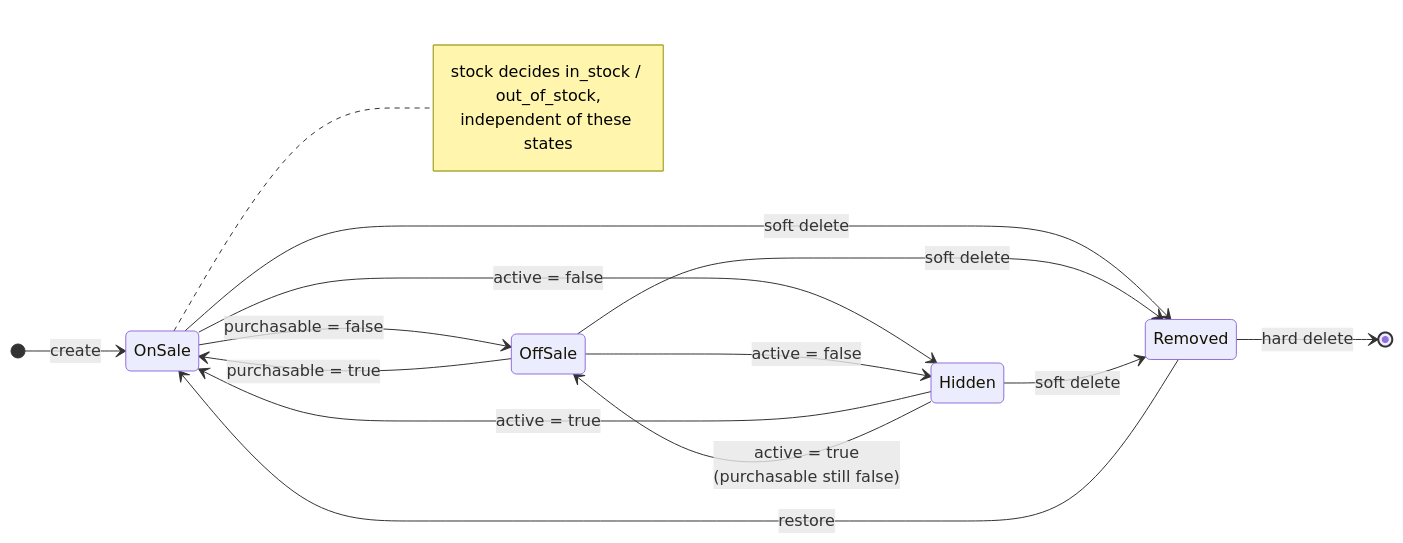
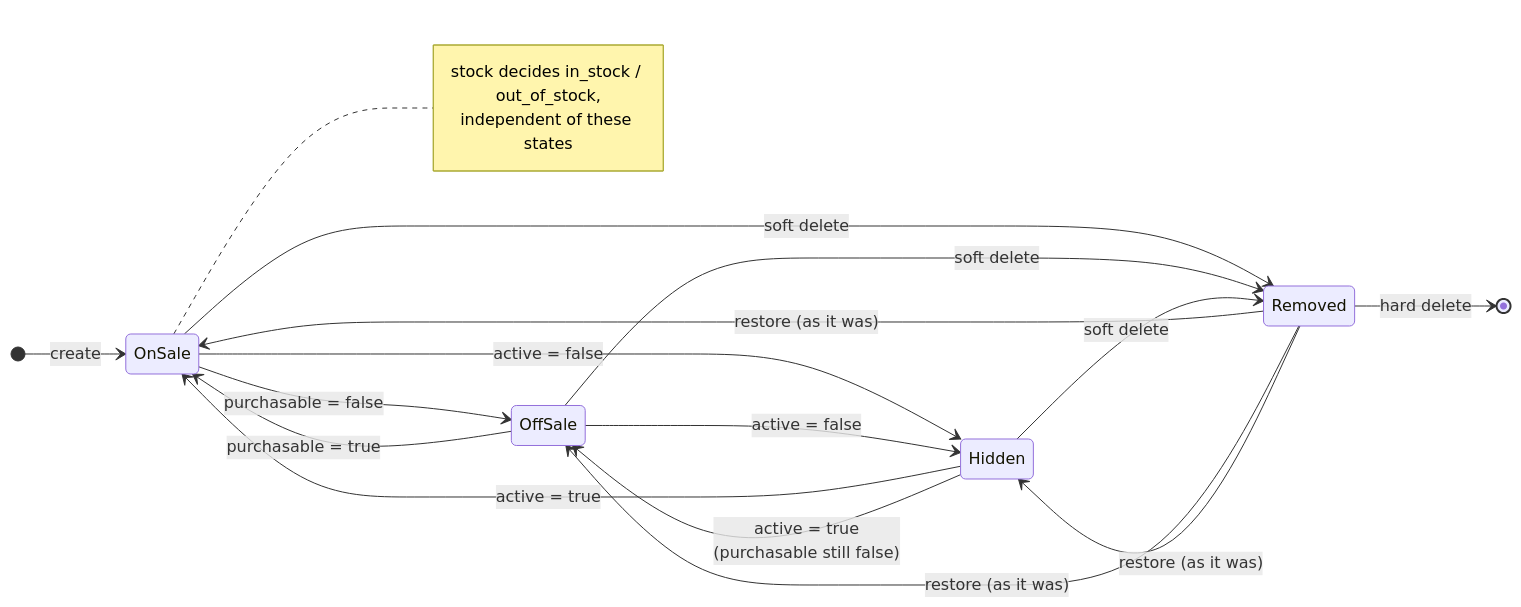
Before and after one commit to Guebbit/boilerplate-node-backend: the second of 4 diagrams in docs/modules/products.md, drawn with Mermaid. The commit also changed 2 other files, not shown here.

Commit message:
docs(users): correct the refused role grant, and a restore returns the product as it was
SD-3: a refused role grant is 403 ROLE_MANAGEMENT_REQUIRED, or 422 on role,
never a 409. SG-10: a restore only clears deletedAt, so the product comes back
on sale, off sale or hidden as it was; the state diagram and the restoreById
docblock said on sale.

````diff
--- a/docs/modules/products.md
+++ b/docs/modules/products.md
@@ -125,20 +125,22 @@
 ```mermaid
 stateDiagram-v2
     direction LR
     [*] --> OnSale: create
     OnSale --> OffSale: purchasable = false
     OffSale --> OnSale: purchasable = true
     OnSale --> Hidden: active = false
     OffSale --> Hidden: active = false
     Hidden --> OnSale: active = true
     Hidden --> OffSale: active = true<br/>(purchasable still false)
     OnSale --> Removed: soft delete
     OffSale --> Removed: soft delete
     Hidden --> Removed: soft delete
-    Removed --> OnSale: restore
+    Removed --> OnSale: restore (as it was)
+    Removed --> OffSale: restore (as it was)
+    Removed --> Hidden: restore (as it was)
     Removed --> [*]: hard delete
     note right of OnSale
         stock decides in_stock / out_of_stock,
         independent of these states
     end note
 ```
````
